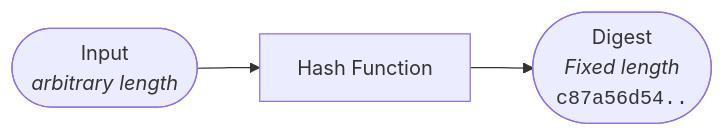
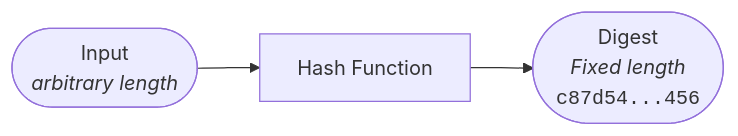
Before and after one commit to sripwoud/cryptography: the first of 4 diagrams in docs/primitives/hash-function/intro.md, drawn with Mermaid. The commit also changed other lines of this file and 10 other files, not shown here.

````diff
--- a/docs/primitives/hash-function/intro.md
+++ b/docs/primitives/hash-function/intro.md
@@ -11,6 +11,6 @@
 ```mermaid
 graph LR
 
 A([Input <br><em>arbitrary length</em>]) -->B[Hash Function]
-B --> C([Digest<br><em>Fixed length</em><br> <code>c87a56d54..</code>])
+B --> C([Digest<br><em>Fixed length</em><br> <code>c87d54...456</code>])
 ```
````
